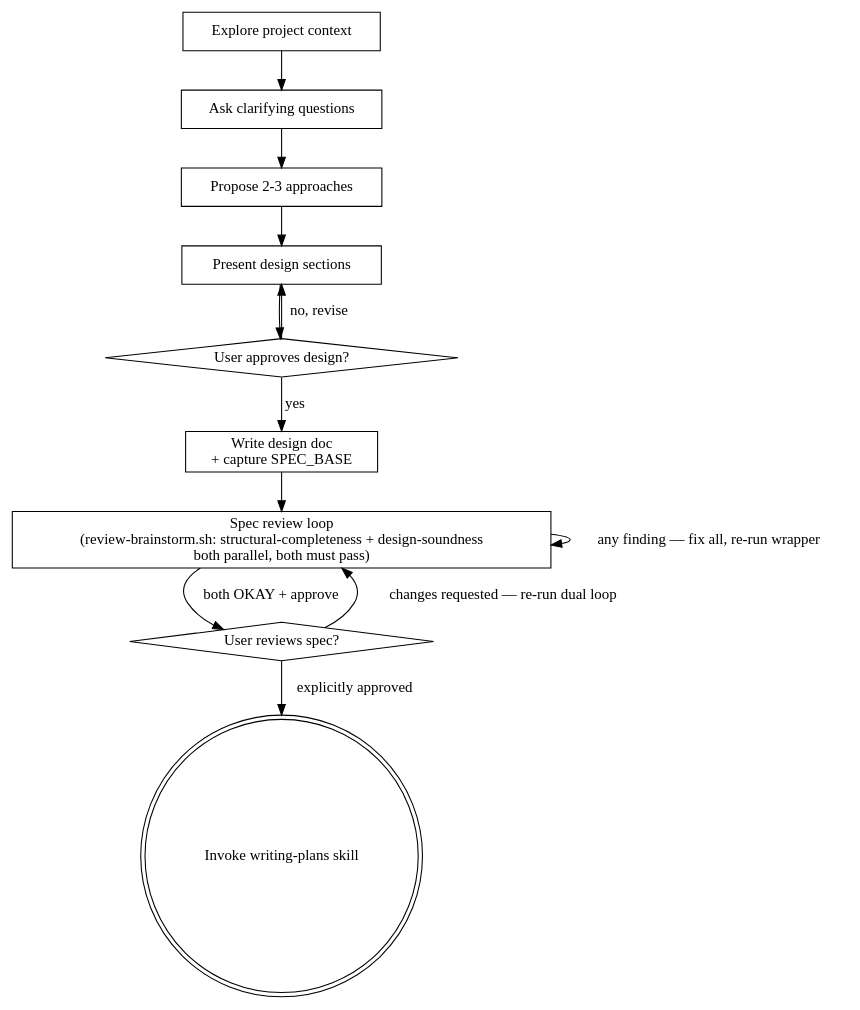
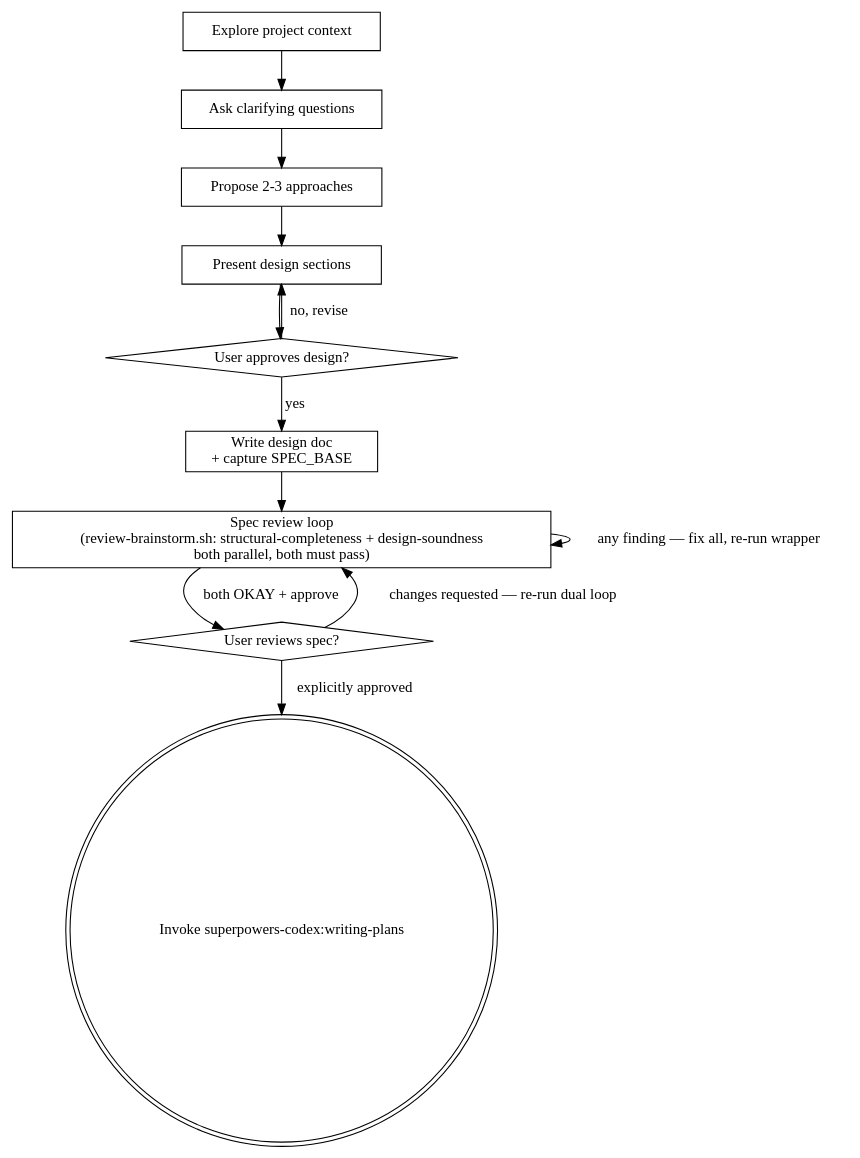
Before and after one commit to stu43005/superpowers-codex: the diagram in skills/brainstorming/SKILL.md, drawn with Graphviz. The commit also changed other lines of this file and 2 other files, not shown here.

First line of the commit message:
docs: qualify cross-skill references with superpowers-codex namespace

````diff
--- a/skills/brainstorming/SKILL.md
+++ b/skills/brainstorming/SKILL.md
@@ -35,25 +35,25 @@
 ```dot
 digraph brainstorming {
     "Explore project context" [shape=box];
     "Ask clarifying questions" [shape=box];
     "Propose 2-3 approaches" [shape=box];
     "Present design sections" [shape=box];
     "User approves design?" [shape=diamond];
     "Write design doc\n+ capture SPEC_BASE" [shape=box];
     "Spec review loop\n(review-brainstorm.sh: structural-completeness + design-soundness\nboth parallel, both must pass)" [shape=box];
     "User reviews spec?" [shape=diamond];
-    "Invoke writing-plans skill" [shape=doublecircle];
+    "Invoke superpowers-codex:writing-plans" [shape=doublecircle];
 
     "Explore project context" -> "Ask clarifying questions";
     "Ask clarifying questions" -> "Propose 2-3 approaches";
     "Propose 2-3 approaches" -> "Present design sections";
     "Present design sections" -> "User approves design?";
     "User approves design?" -> "Present design sections" [label="no, revise"];
     "User approves design?" -> "Write design doc\n+ capture SPEC_BASE" [label="yes"];
     "Write design doc\n+ capture SPEC_BASE" -> "Spec review loop\n(review-brainstorm.sh: structural-completeness + design-soundness\nboth parallel, both must pass)";
     "Spec review loop\n(review-brainstorm.sh: structural-completeness + design-soundness\nboth parallel, both must pass)" -> "Spec review loop\n(review-brainstorm.sh: structural-completeness + design-soundness\nboth parallel, both must pass)" [label="any finding — fix all, re-run wrapper"];
     "Spec review loop\n(review-brainstorm.sh: structural-completeness + design-soundness\nboth parallel, both must pass)" -> "User reviews spec?" [label="both OKAY + approve"];
     "User reviews spec?" -> "Spec review loop\n(review-brainstorm.sh: structural-completeness + design-soundness\nboth parallel, both must pass)" [label="changes requested — re-run dual loop"];
-    "User reviews spec?" -> "Invoke writing-plans skill" [label="explicitly approved"];
+    "User reviews spec?" -> "Invoke superpowers-codex:writing-plans" [label="explicitly approved"];
 }
 ```
````
